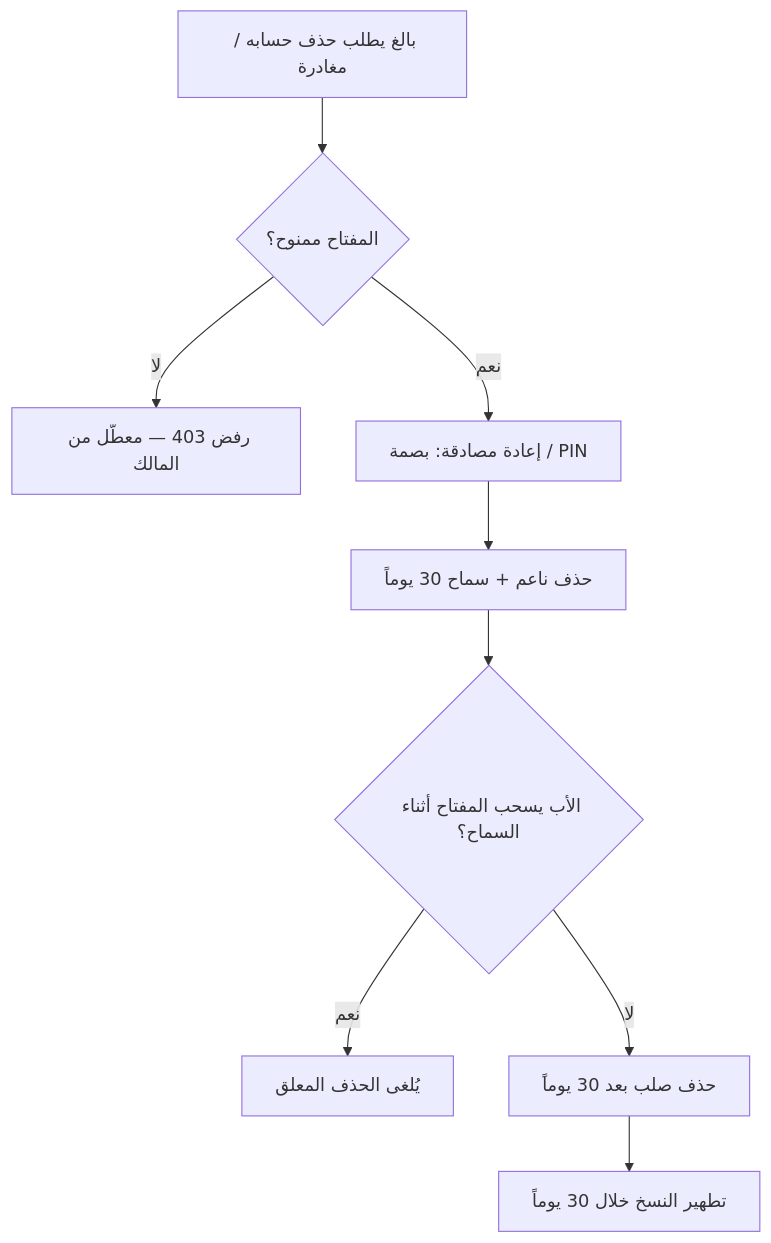
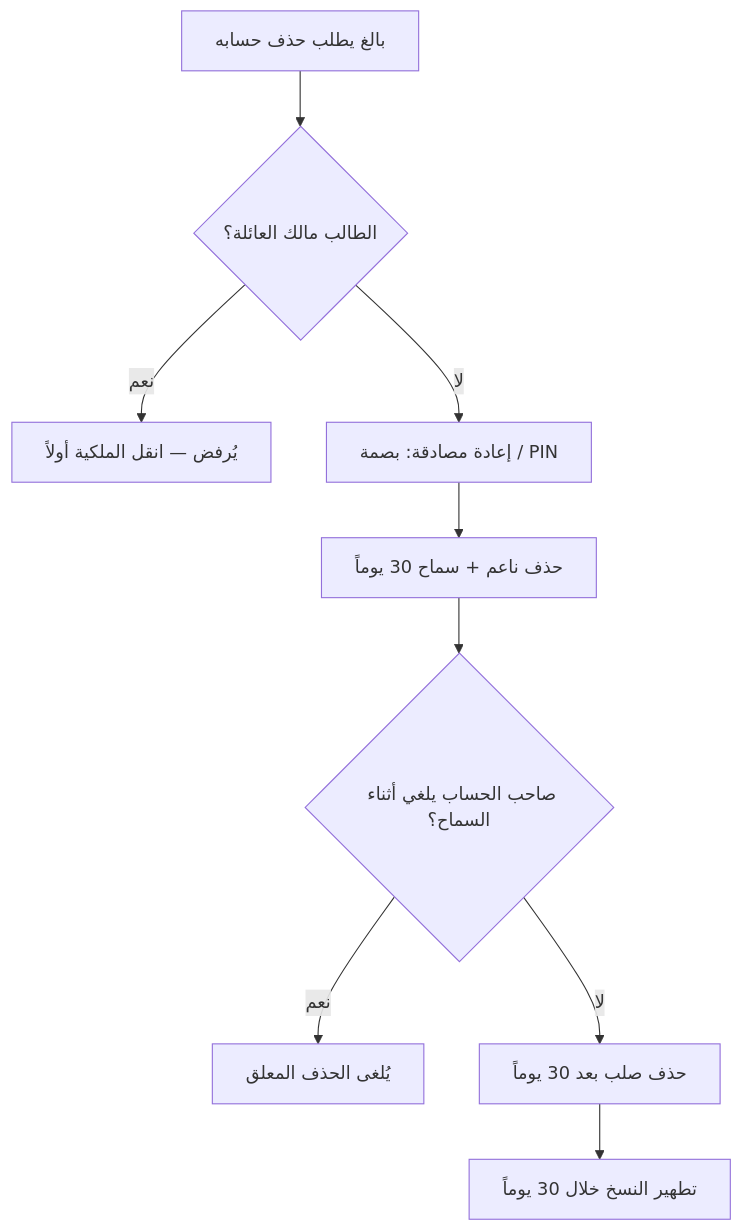
Before and after one commit to Bassam-mohammed-alqaeadi/family-os-v2: the fourth of 5 diagrams in docs/family-os/governance/phases/phase-1/S1-02-identity-and-onboarding/SPEC.md, drawn with Mermaid. The commit also changed other lines of this file and 14 other files, not shown here.

````diff
--- a/docs/family-os/governance/phases/phase-1/S1-02-identity-and-onboarding/SPEC.md
+++ b/docs/family-os/governance/phases/phase-1/S1-02-identity-and-onboarding/SPEC.md
@@ -229,11 +229,11 @@
 ```mermaid
 flowchart TD
-    Req[بالغ يطلب حذف حسابه / مغادرة] --> Key{المفتاح ممنوح؟}
-    Key -->|لا| Deny[رفض 403 — معطَّل من المالك]
-    Key -->|نعم| Auth[إعادة مصادقة: بصمة / PIN]
+    Req[بالغ يطلب حذف حسابه] --> Own{الطالب مالك العائلة؟}
+    Own -->|نعم| Deny[يُرفض — انقل الملكية أولاً]
+    Own -->|لا| Auth[إعادة مصادقة: بصمة / PIN]
     Auth --> Soft[حذف ناعم + سماح 30 يوماً]
-    Soft --> Revoke{الأب يسحب المفتاح أثناء السماح؟}
-    Revoke -->|نعم| Cancel[يُلغى الحذف المعلق]
-    Revoke -->|لا| Hard[حذف صلب بعد 30 يوماً]
+    Soft --> Undo{صاحب الحساب يلغي أثناء السماح؟}
+    Undo -->|نعم| Cancel[يُلغى الحذف المعلق]
+    Undo -->|لا| Hard[حذف صلب بعد 30 يوماً]
     Hard --> Purge[تطهير النسخ خلال 30 يوماً]
 ```
````
